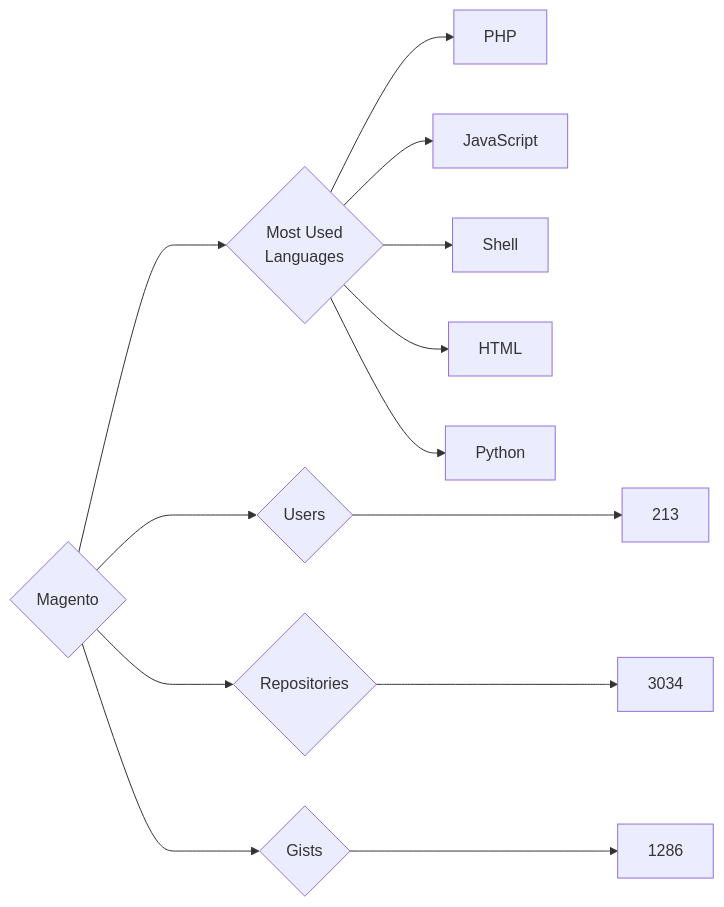
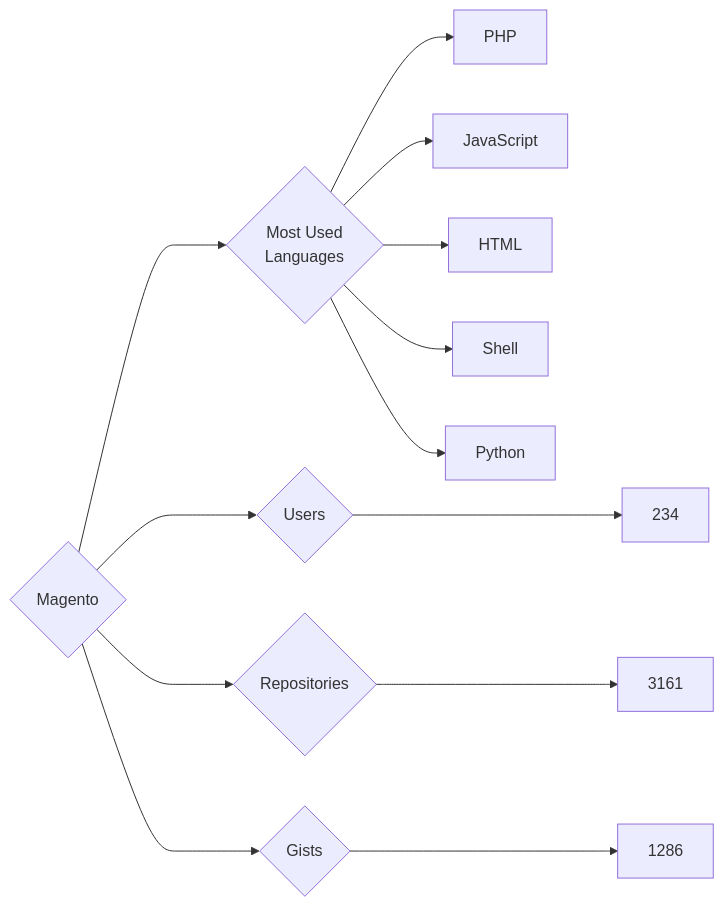
One commit to trickest/insiders changed the diagram in targets/Magento/README.md. Above: the diagram before and after it, drawn with Mermaid. The commit also changed 838 other files, not shown here.

````diff
--- a/targets/Magento/README.md
+++ b/targets/Magento/README.md
@@ -3,13 +3,13 @@
 ```mermaid
 graph LR
 COMPANY_NAME{Magento}
-COMPANY_NAME ---> U{Users} ---> UN[213]
-COMPANY_NAME ---> R{Repositories} ---> RN[3034]
+COMPANY_NAME ---> U{Users} ---> UN[234]
+COMPANY_NAME ---> R{Repositories} ---> RN[3161]
 COMPANY_NAME ---> G{Gists} ---> GN[1286]
 COMPANY_NAME ---> ML{Most Used<br>Languages}
 ML --> PHP[PHP]
 ML --> JavaScript[JavaScript]
+ML --> HTML[HTML]
 ML --> Shell[Shell]
-ML --> HTML[HTML]
 ML --> Python[Python]
 ```
````
